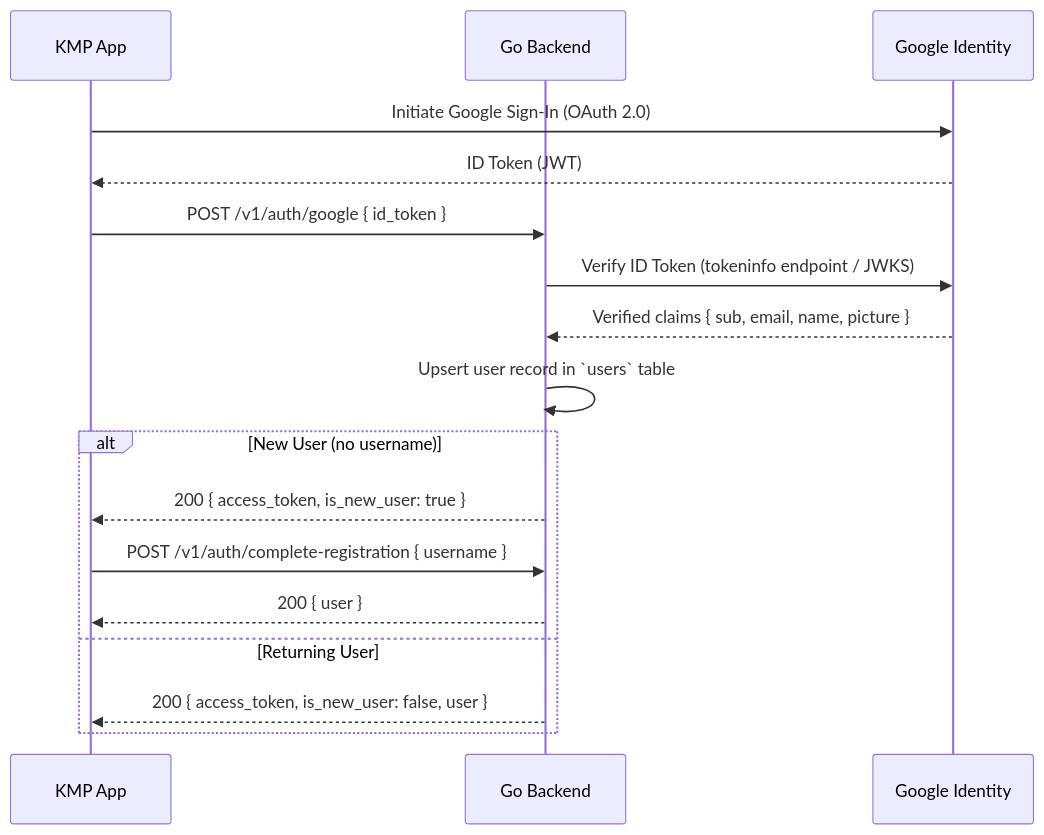
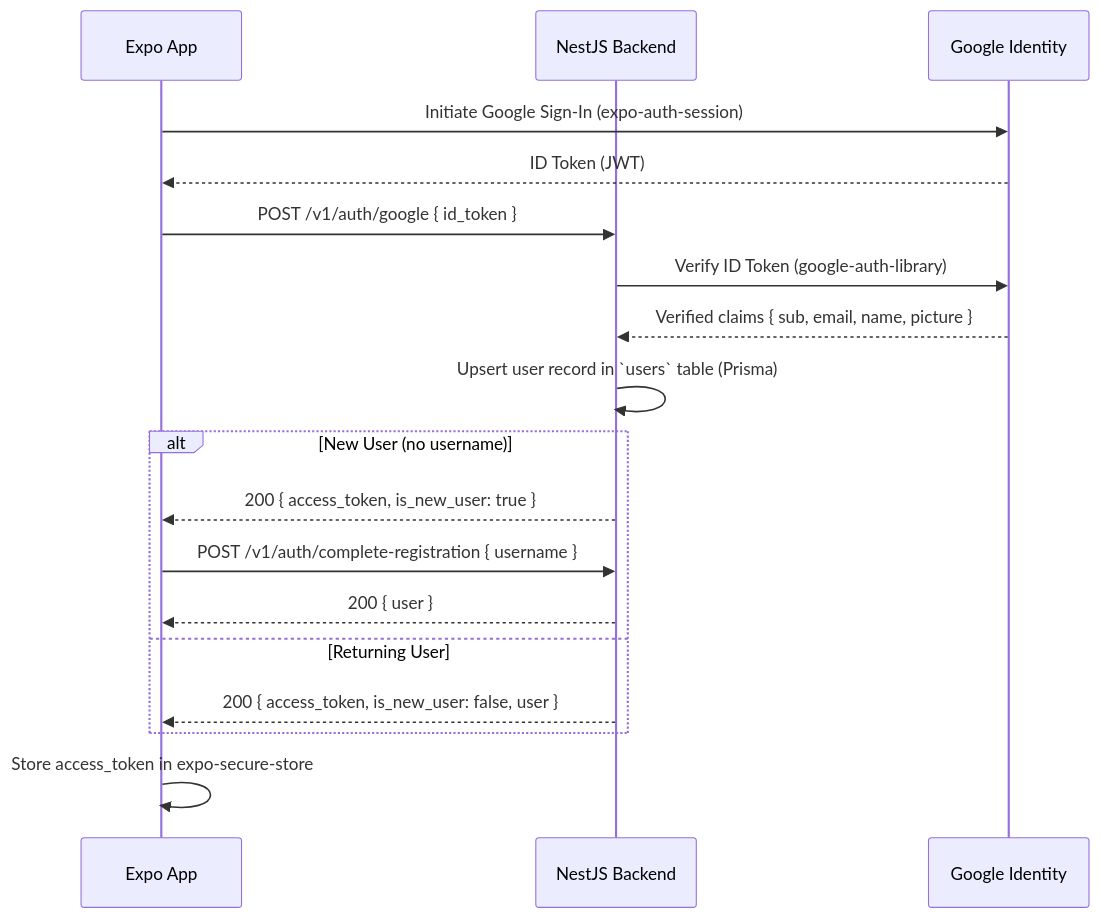
The second of 4 diagrams in docs/ARCHITECTURE.md (tondikii/sua-app), drawn with Mermaid before and after one commit. The commit also changed other lines of this file and 90 other files, not shown here.

Commit message:
migrate tech stack to full typescript using nest and expo rn

````diff
--- a/docs/ARCHITECTURE.md
+++ b/docs/ARCHITECTURE.md
@@ -72,20 +91,21 @@
 ```mermaid
 sequenceDiagram
-    participant App as KMP App
-    participant BE as Go Backend
+    participant App as Expo App
+    participant BE as NestJS Backend
     participant GID as Google Identity
 
-    App->>GID: Initiate Google Sign-In (OAuth 2.0)
+    App->>GID: Initiate Google Sign-In (expo-auth-session)
     GID-->>App: ID Token (JWT)
     App->>BE: POST /v1/auth/google  { id_token }
-    BE->>GID: Verify ID Token (tokeninfo endpoint / JWKS)
+    BE->>GID: Verify ID Token (google-auth-library)
     GID-->>BE: Verified claims { sub, email, name, picture }
-    BE->>BE: Upsert user record in `users` table
+    BE->>BE: Upsert user record in `users` table (Prisma)
     alt New User (no username)
         BE-->>App: 200 { access_token, is_new_user: true }
         App->>BE: POST /v1/auth/complete-registration  { username }
         BE-->>App: 200 { user }
     else Returning User
         BE-->>App: 200 { access_token, is_new_user: false, user }
     end
+    App->>App: Store access_token in expo-secure-store
 ```
````
